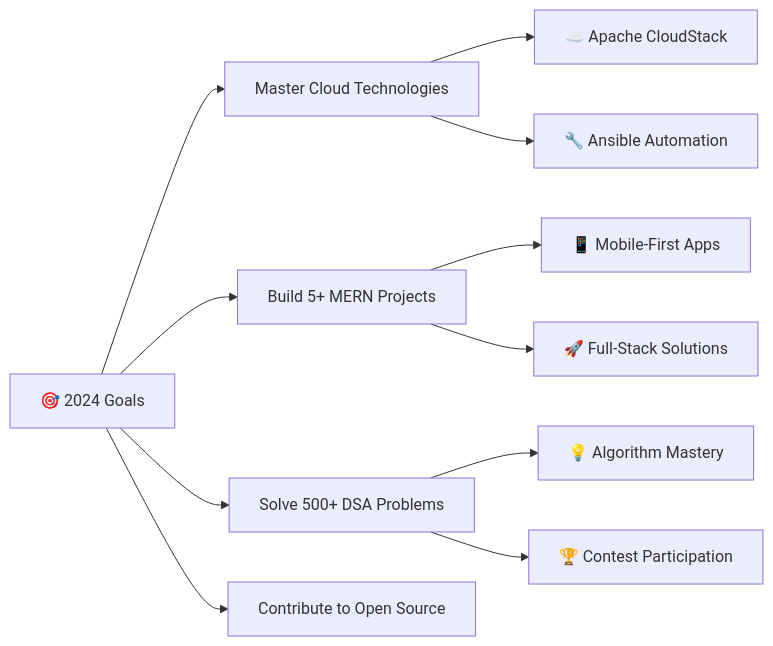
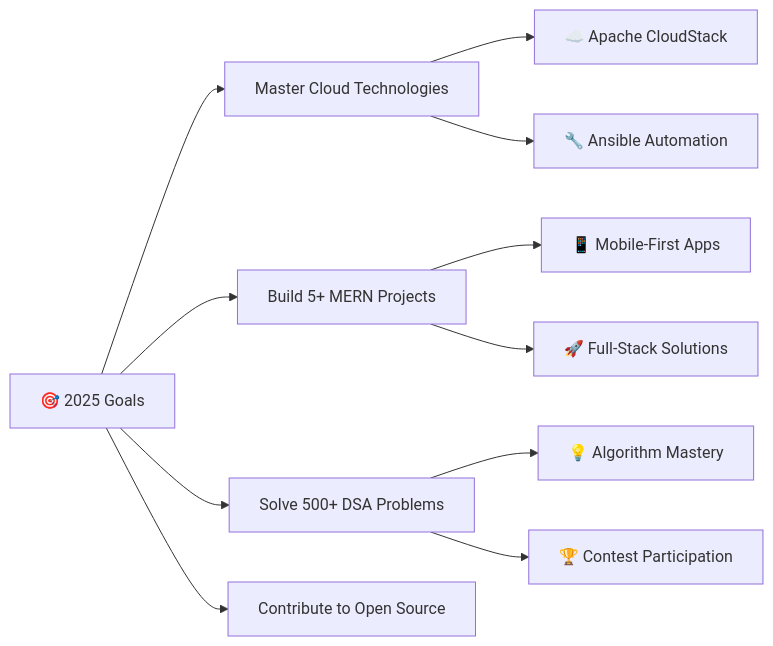
The diagram in README.md (Sowmiya820/Sowmiya820), drawn with Mermaid before and after one commit. The commit also changed other lines of this file, not shown here.

````diff
--- a/README.md
+++ b/README.md
@@ -182,16 +159,16 @@
 ```mermaid
 graph LR
-    A[🎯 2024 Goals] --> B[Master Cloud Technologies]
+    A[🎯 2025 Goals] --> B[Master Cloud Technologies]
     A --> C[Build 5+ MERN Projects]
     A --> D[Solve 500+ DSA Problems]
     A --> E[Contribute to Open Source]
     
     B --> F[☁️ Apache CloudStack]
     B --> G[🔧 Ansible Automation]
     
     C --> H[📱 Mobile-First Apps]
     C --> I[🚀 Full-Stack Solutions]
     
     D --> J[💡 Algorithm Mastery]
     D --> K[🏆 Contest Participation]
 ```
````
